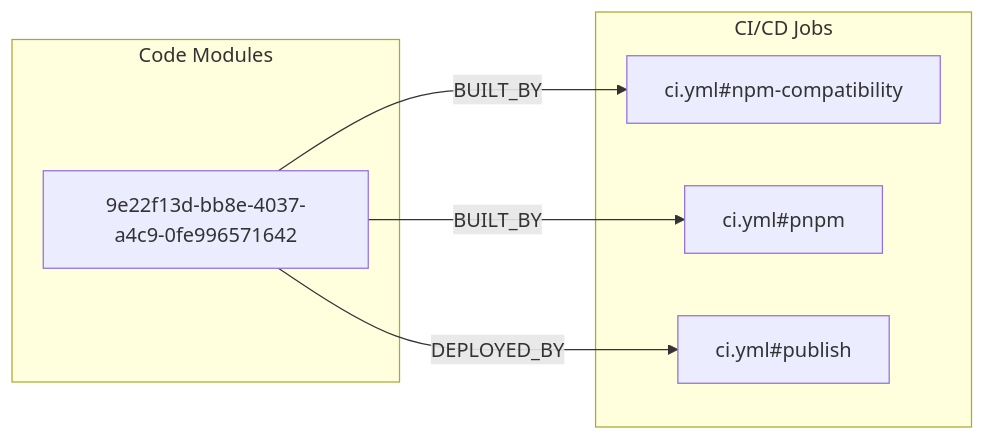
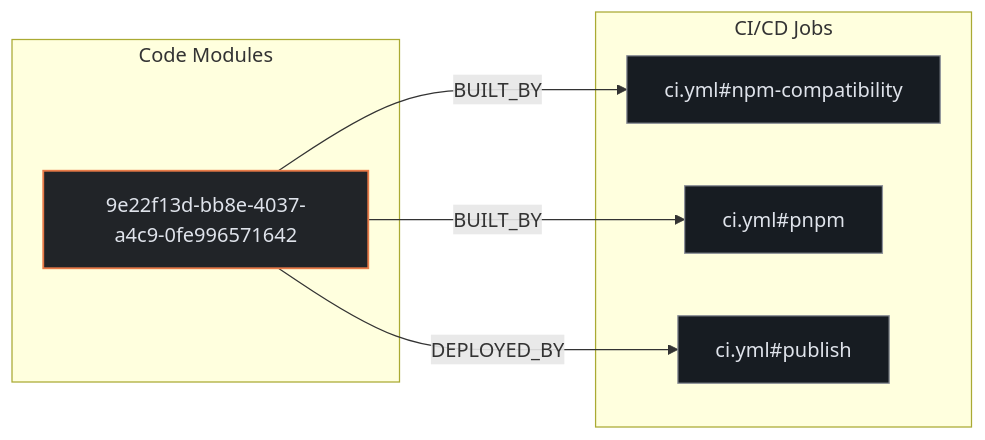
Before and after one commit to kumarshaz/atruss-code-atlas: the second of 3 diagrams in exports/latest/reports/discourse-discourse-mcp-report.md, drawn with Mermaid. The commit also changed other lines of this file and 331 other files, not shown here.

Commit message:
docs,ui,fix: update SDLC docs, reorder CI/CD DAG first, stylize Mermaid, and fix Arc42 pipeline topology

````diff
--- a/exports/latest/reports/discourse-discourse-mcp-report.md
+++ b/exports/latest/reports/discourse-discourse-mcp-report.md
@@ -115,14 +122,18 @@
 ```mermaid
 flowchart LR
+    classDef atlasCategory fill:#212428,stroke:#E87A48,stroke-width:1.5px,color:#dfe3eb
+    classDef atlasWorkflow fill:#1b2026,stroke:#a3c9ff,stroke-width:1.5px,color:#dfe3eb
+    classDef atlasJob fill:#171c22,stroke:#8d9199,stroke-width:1px,color:#dfe3eb
+    classDef atlasTarget fill:#005227,stroke:#8bd99b,stroke-width:1.5px,color:#a7f6b6
     subgraph code_modules["Code Modules"]
-        mod_9e22f13d_bb8e_4037_a4c9_0fe996571642["9e22f13d-bb8e-4037-a4c9-0fe996571642"]
+        mod_9e22f13d_bb8e_4037_a4c9_0fe996571642["9e22f13d-bb8e-4037-a4c9-0fe996571642"]:::atlasCategory
     end
     subgraph ci_jobs["CI/CD Jobs"]
-        job_ci_yml_npm_compatibility["ci.yml#npm-compatibility"]
-        job_ci_yml_pnpm["ci.yml#pnpm"]
-        job_ci_yml_publish["ci.yml#publish"]
+        job_ci_yml_npm_compatibility["ci.yml#npm-compatibility"]:::atlasJob
+        job_ci_yml_pnpm["ci.yml#pnpm"]:::atlasJob
+        job_ci_yml_publish["ci.yml#publish"]:::atlasJob
     end
     mod_9e22f13d_bb8e_4037_a4c9_0fe996571642 -->|BUILT_BY| job_ci_yml_npm_compatibility
     mod_9e22f13d_bb8e_4037_a4c9_0fe996571642 -->|BUILT_BY| job_ci_yml_pnpm
     mod_9e22f13d_bb8e_4037_a4c9_0fe996571642 -->|DEPLOYED_BY| job_ci_yml_publish
 ```
````
